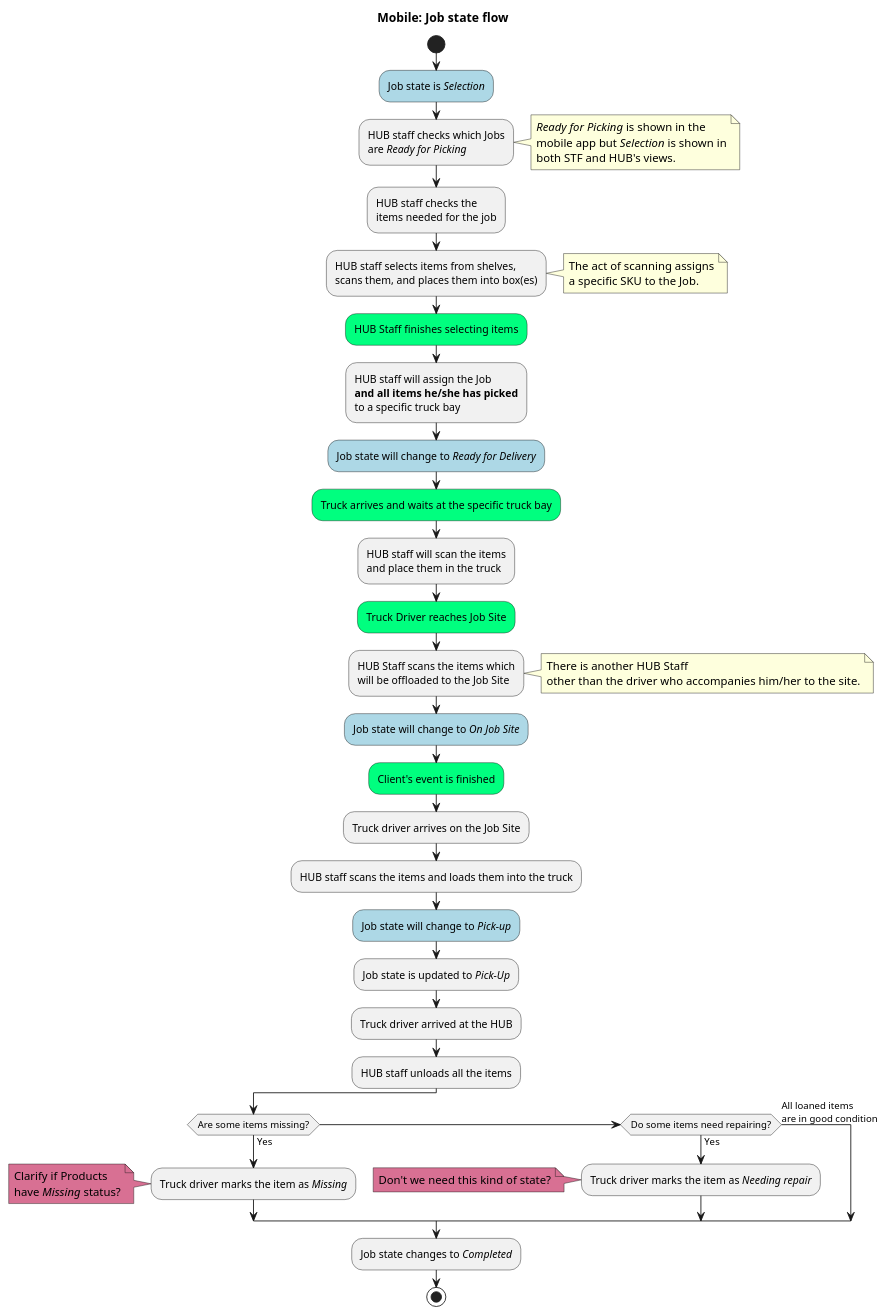
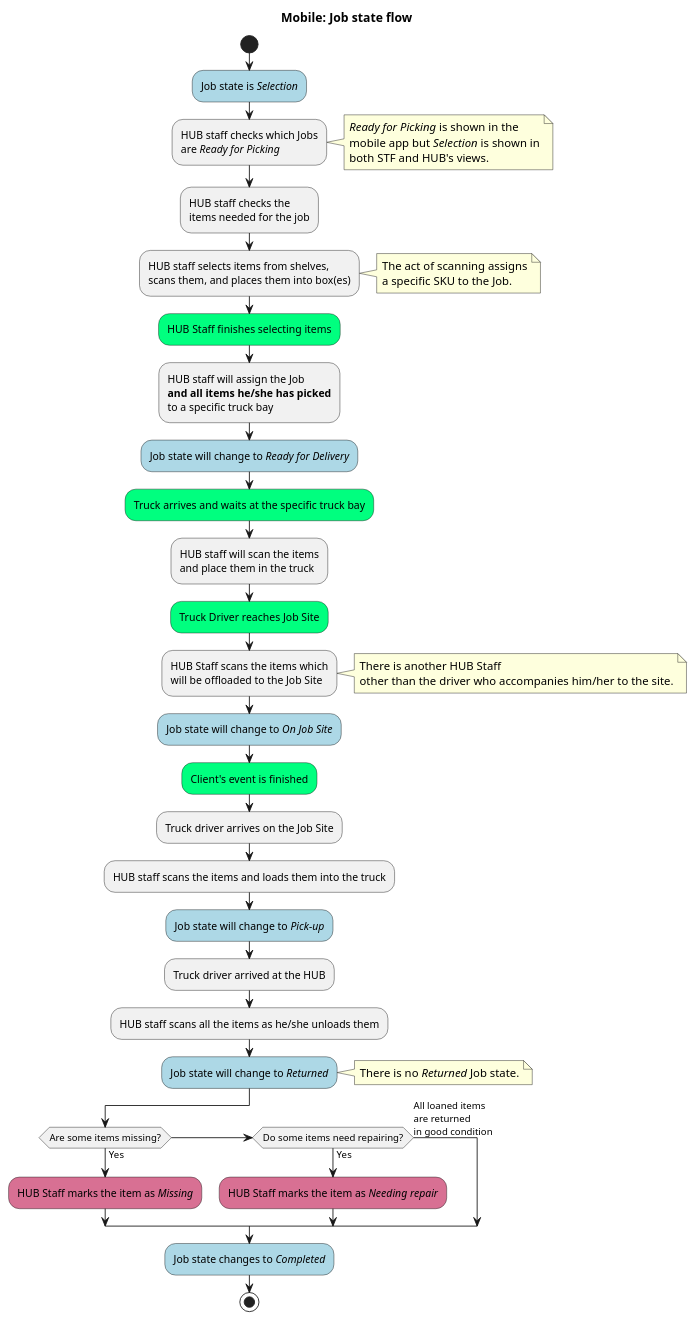
The diagram in Mobile/Mobile_JobsToCompleted.pu (jpgacrama/NovariSpecs), drawn with PlantUML before and after one commit.

Commit message:
Mobile: Job state flow is finished

```diff
--- a/Mobile/Mobile_JobsToCompleted.pu
+++ b/Mobile/Mobile_JobsToCompleted.pu
@@ -3,80 +3,75 @@
 @startuml
     title Mobile: Job state flow
     start
 
     #LightBlue:Job state is //Selection//;
 
     :HUB staff checks which Jobs
     are //Ready for Picking//;
 
     note right
         //Ready for Picking// is shown in the 
         mobile app but //Selection// is shown in
         both STF and HUB's views.
     end note
     
     :HUB staff checks the
     items needed for the job;
 
     :HUB staff selects items from shelves,
     scans them, and places them into box(es);
 
     note right
         The act of scanning assigns
         a specific SKU to the Job.
     end note
 
     #SpringGreen:HUB Staff finishes selecting items;
 
     :HUB staff will assign the Job 
     **and all items he/she has picked**
     to a specific truck bay;
 
     #LightBlue:Job state will change to //Ready for Delivery//;
 
     #SpringGreen:Truck arrives and waits at the specific truck bay;
 
     :HUB staff will scan the items
     and place them in the truck;
 
     #SpringGreen:Truck Driver reaches Job Site;
     
     :HUB Staff scans the items which
     will be offloaded to the Job Site;
 
     note right
         There is another HUB Staff
         other than the driver who accompanies him/her to the site.
     end note
 
     #LightBlue:Job state will change to //On Job Site//;
 
     #SpringGreen:Client's event is finished;
     :Truck driver arrives on the Job Site;
     :HUB staff scans the items and loads them into the truck;
     #LightBlue:Job state will change to //Pick-up//;
 
-    :Job state is updated to //Pick-Up//;
     :Truck driver arrived at the HUB;
-    :HUB staff unloads all the items;
+    :HUB staff scans all the items as he/she unloads them;
+    #LightBlue:Job state will change to //Returned//;
+
+    note right
+        There is no //Returned// Job state.
+    end note
 
     if(Are some items missing?) then (Yes)
-        :Truck driver marks the item as //Missing//;
-
-        note left #PaleVioletRed
-            Clarify if Products
-            have //Missing// status?
-        end note
+        #PaleVioletRed:HUB Staff marks the item as //Missing//;
 
     elseif(Do some items need repairing?) then (Yes)
-        :Truck driver marks the item as //Needing repair//;
-
-        note left #PaleVioletRed
-            Don't we need this kind of state?
-        end note
-    else(All loaned items\nare in good condition)
+        #PaleVioletRed:HUB Staff marks the item as //Needing repair//;
+    else(All loaned items\nare returned\nin good condition)
     endif
 
-    :Job state changes to //Completed//;
+    #LightBlue:Job state changes to //Completed//;
     stop
 @enduml
```
